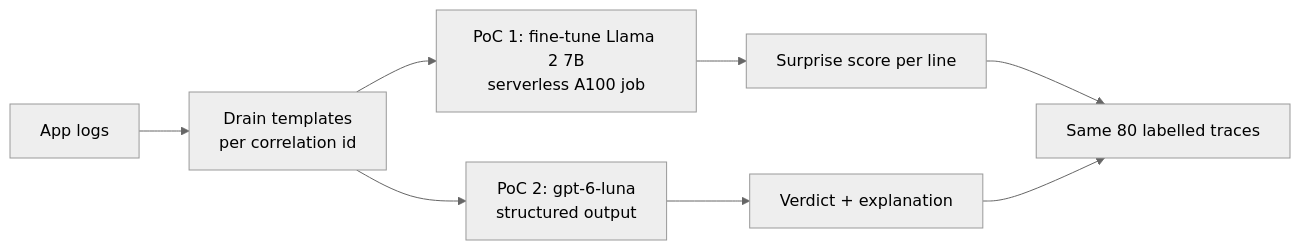
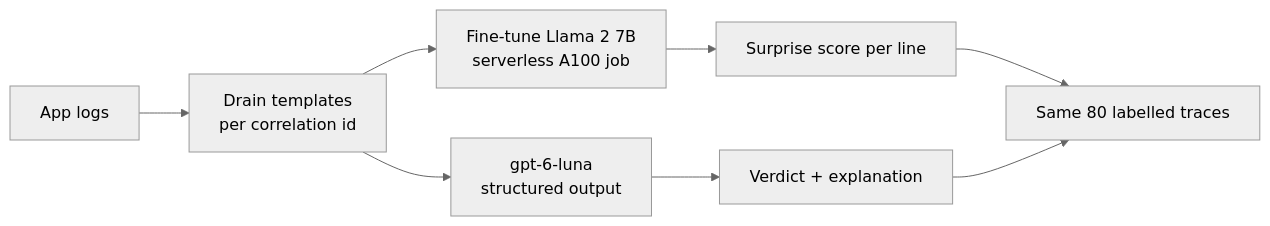
Before and after one commit to AliRezaFarahnak-Customer-Demos/log-anomaly-gpu-vs-llm-poc: the first of 3 diagrams in README.md, drawn with Mermaid (neutral theme). The commit also changed other lines of this file, not shown here.

````diff
--- a/README.md
+++ b/README.md
@@ -19,10 +14,10 @@
 ```mermaid
 flowchart LR
     logs["App logs"] --> drain["Drain templates<br/>per correlation id"]
-    drain --> p1["PoC 1: fine-tune Llama 2 7B<br/>serverless A100 job"]
-    drain --> p2["PoC 2: gpt-6-luna<br/>structured output"]
+    drain --> p1["Fine-tune Llama 2 7B<br/>serverless A100 job"]
+    drain --> p2["gpt-6-luna<br/>structured output"]
     p1 --> s1["Surprise score per line"]
     p2 --> s2["Verdict + explanation"]
     s1 --> eval["Same 80 labelled traces"]
     s2 --> eval
 ```
````
